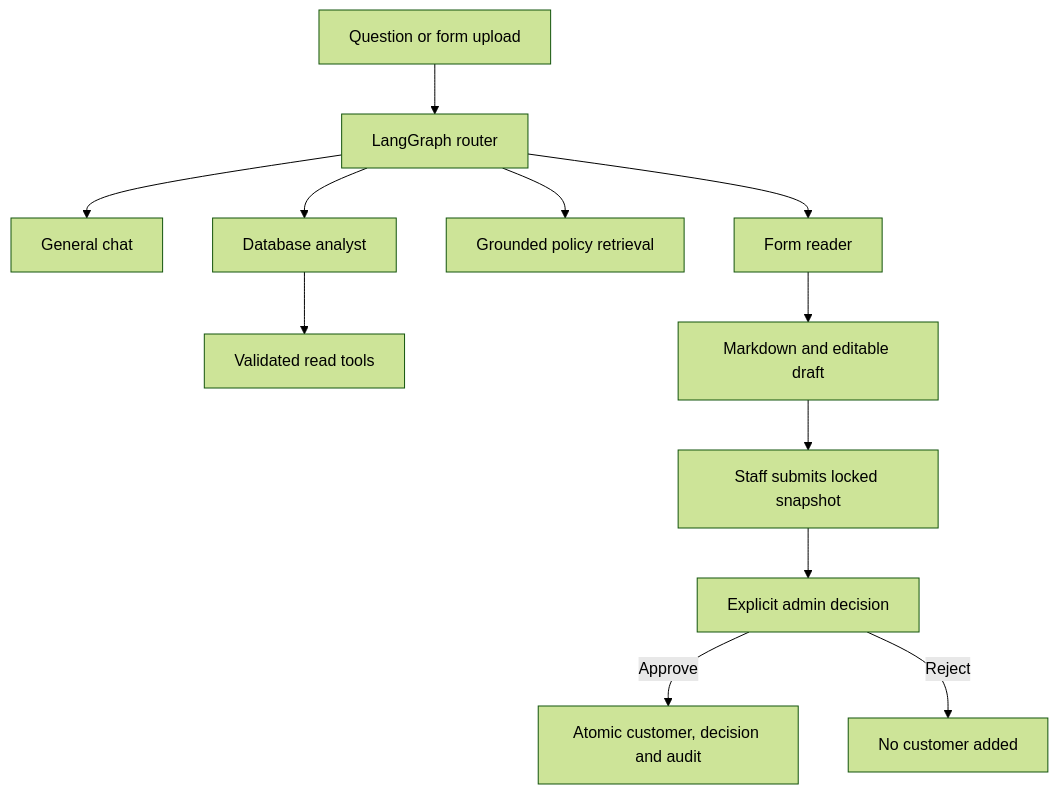
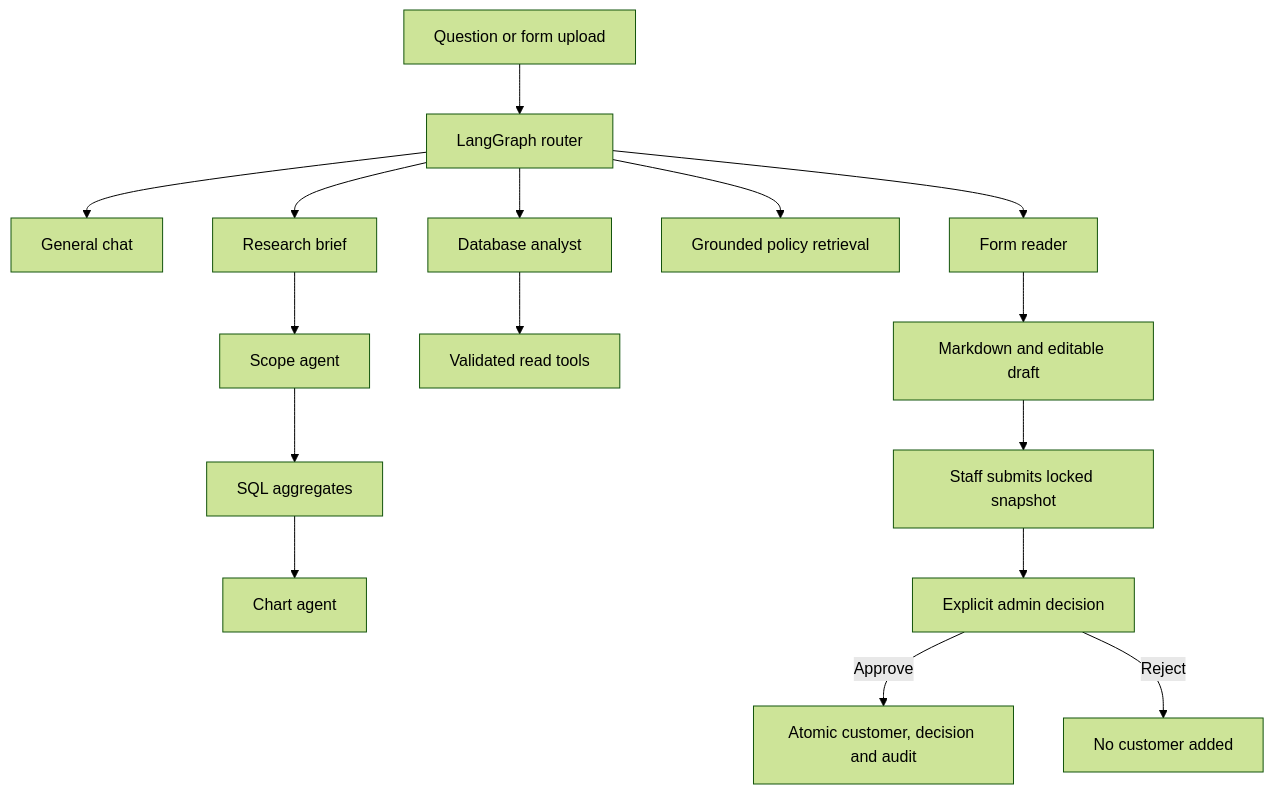
The diagram in docs/architecture.md (Harshilsangani/BankWeaveAI), drawn with Mermaid (forest theme) before and after one commit. The commit also changed other lines of this file and 100 other files, not shown here.

````diff
--- a/docs/architecture.md
+++ b/docs/architecture.md
@@ -13,14 +15,18 @@
 ```mermaid
 flowchart TD
   Input[Question or form upload] --> Router[LangGraph router]
   Router --> General[General chat]
   Router --> Database[Database analyst]
+  Router --> Research[Research brief]
+  Research --> ScopeAgent[Scope agent]
+  ScopeAgent --> SqlAgent[SQL aggregates]
+  SqlAgent --> ChartAgent[Chart agent]
   Router --> Knowledge[Grounded policy retrieval]
   Router --> Form[Form reader]
   Database --> SQL[Validated read tools]
   Form --> Review[Markdown and editable draft]
   Review --> Request[Staff submits locked snapshot]
   Request --> Admin[Explicit admin decision]
   Admin -->|Approve| Commit[Atomic customer, decision and audit]
   Admin -->|Reject| Rejected[No customer added]
 ```
````
